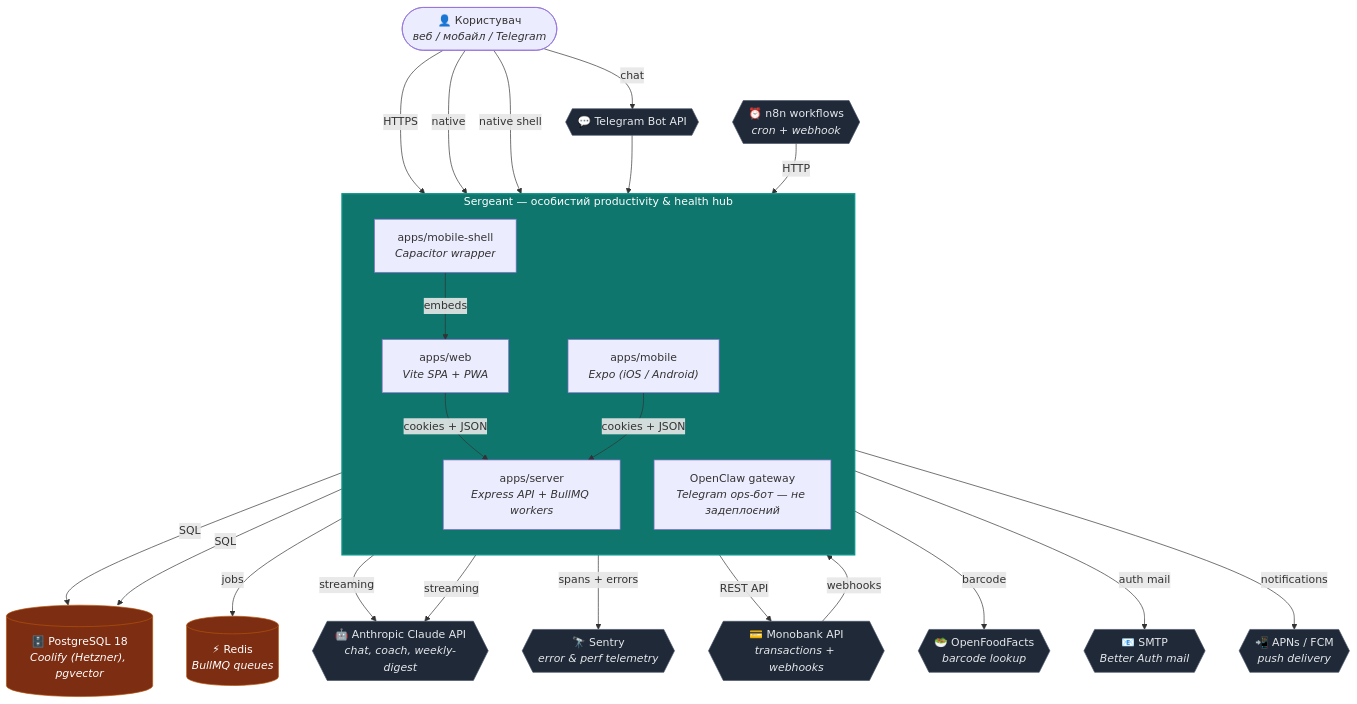
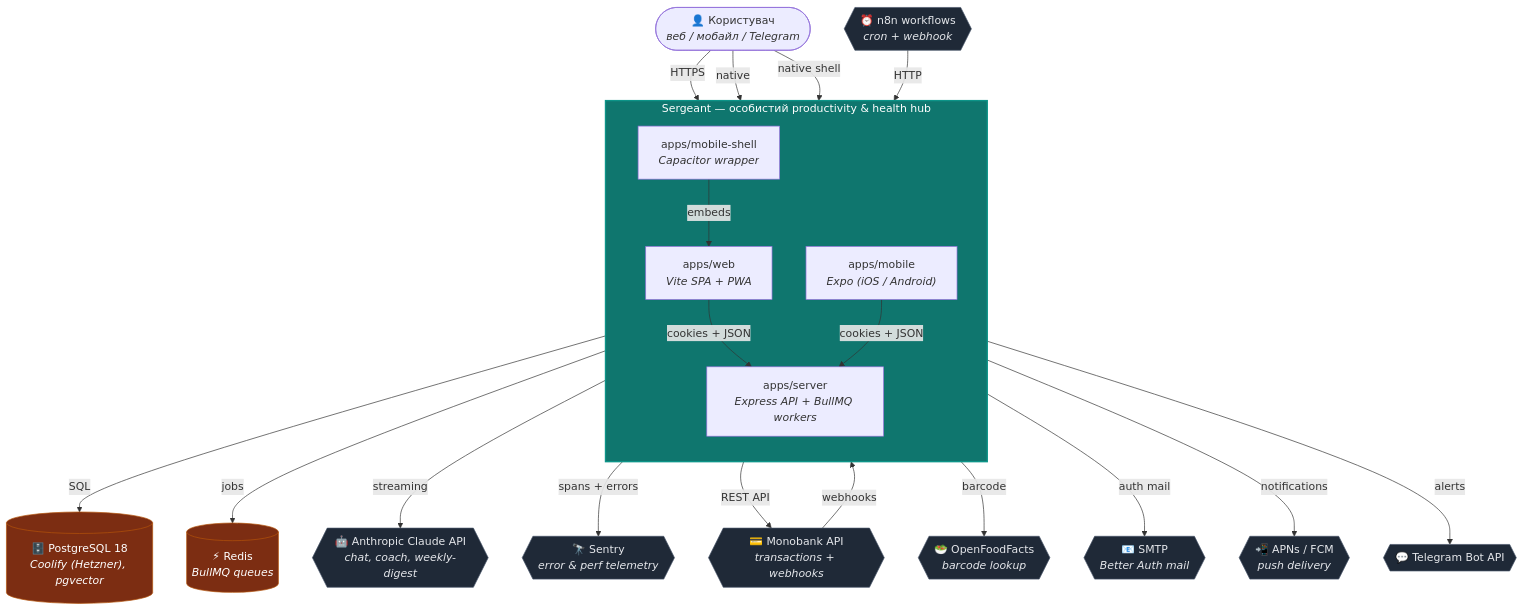
One commit to SkOrDs-02/sergeant changed the diagram in docs/02-engineering/architecture/diagrams/c1-system-context.md. Above: the diagram before and after it, drawn with Mermaid. The commit also changed other lines of this file and 5 other files, not shown here.

````diff
--- a/docs/02-engineering/architecture/diagrams/c1-system-context.md
+++ b/docs/02-engineering/architecture/diagrams/c1-system-context.md
@@ -8,54 +8,50 @@
 ```mermaid
 flowchart TB
     User(["👤 Користувач<br/><i>веб / мобайл / Telegram</i>"])
 
     subgraph Sergeant["Sergeant — особистий productivity & health hub"]
         direction TB
         WebApp["apps/web<br/><i>Vite SPA + PWA</i>"]
         MobileApp["apps/mobile<br/><i>Expo (iOS / Android)</i>"]
         ShellApp["apps/mobile-shell<br/><i>Capacitor wrapper</i>"]
         Server["apps/server<br/><i>Express API + BullMQ workers</i>"]
-        Console["OpenClaw gateway<br/><i>Telegram ops-бот — не задеплоєний</i>"]
     end
 
     Postgres[("🗄️ PostgreSQL 18<br/><i>Coolify (Hetzner), pgvector</i>")]
     Redis[("⚡ Redis<br/><i>BullMQ queues</i>")]
     Anthropic{{"🤖 Anthropic Claude API<br/><i>chat, coach, weekly-digest</i>"}}
     Sentry{{"🔭 Sentry<br/><i>error & perf telemetry</i>"}}
     n8n{{"⏰ n8n workflows<br/><i>cron + webhook</i>"}}
     Mono{{"💳 Monobank API<br/><i>transactions + webhooks</i>"}}
     OFF{{"🥗 OpenFoodFacts<br/><i>barcode lookup</i>"}}
     SMTP{{"📧 SMTP<br/><i>Better Auth mail</i>"}}
     Push{{"📲 APNs / FCM<br/><i>push delivery</i>"}}
     Telegram{{"💬 Telegram Bot API"}}
 
     User -->|HTTPS| WebApp
     User -->|native| MobileApp
     User -->|native shell| ShellApp
-    User -->|chat| Telegram
 
     ShellApp -->|embeds| WebApp
     WebApp -->|cookies + JSON| Server
     MobileApp -->|cookies + JSON| Server
-    Telegram --> Console
 
     Server -->|SQL| Postgres
     Server -->|jobs| Redis
     Server -->|streaming| Anthropic
     Server -->|spans + errors| Sentry
     Server -->|REST API| Mono
     Mono -->|webhooks| Server
     Server -->|barcode| OFF
     Server -->|auth mail| SMTP
     Server -->|notifications| Push
+    Server -->|alerts| Telegram
     n8n -->|HTTP| Server
-    Console -->|SQL| Postgres
-    Console -->|streaming| Anthropic
 
     classDef sys fill:#0f766e,stroke:#0d9488,color:#fff,stroke-width:2px
     classDef ext fill:#1f2937,stroke:#475569,color:#e5e7eb
     classDef store fill:#7c2d12,stroke:#b45309,color:#fff
     class Sergeant sys
     class Postgres,Redis store
     class Anthropic,Sentry,n8n,Mono,OFF,SMTP,Push,Telegram ext
 ```
````
